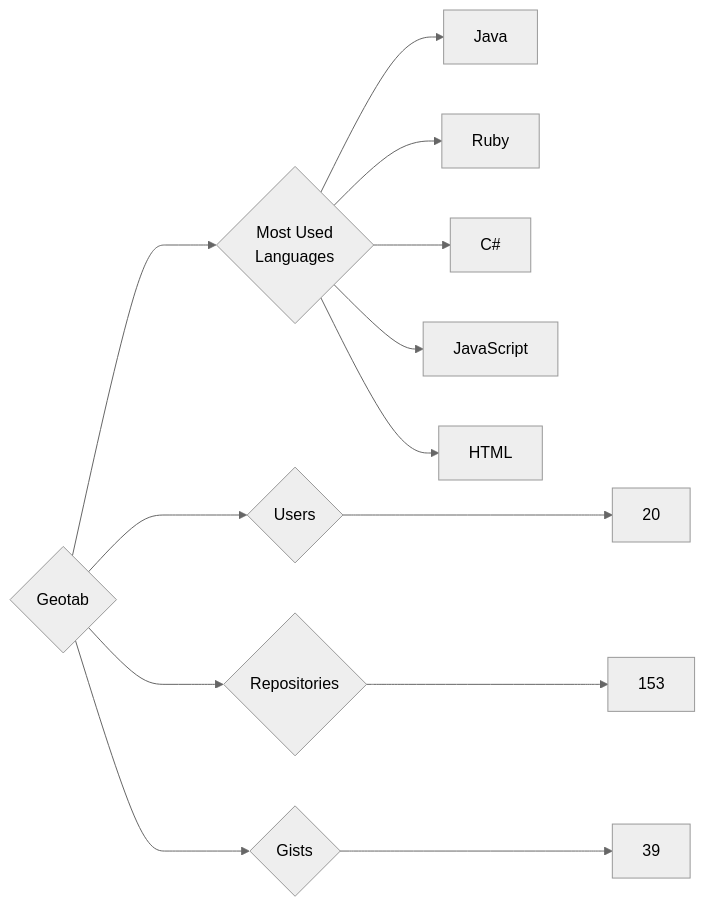
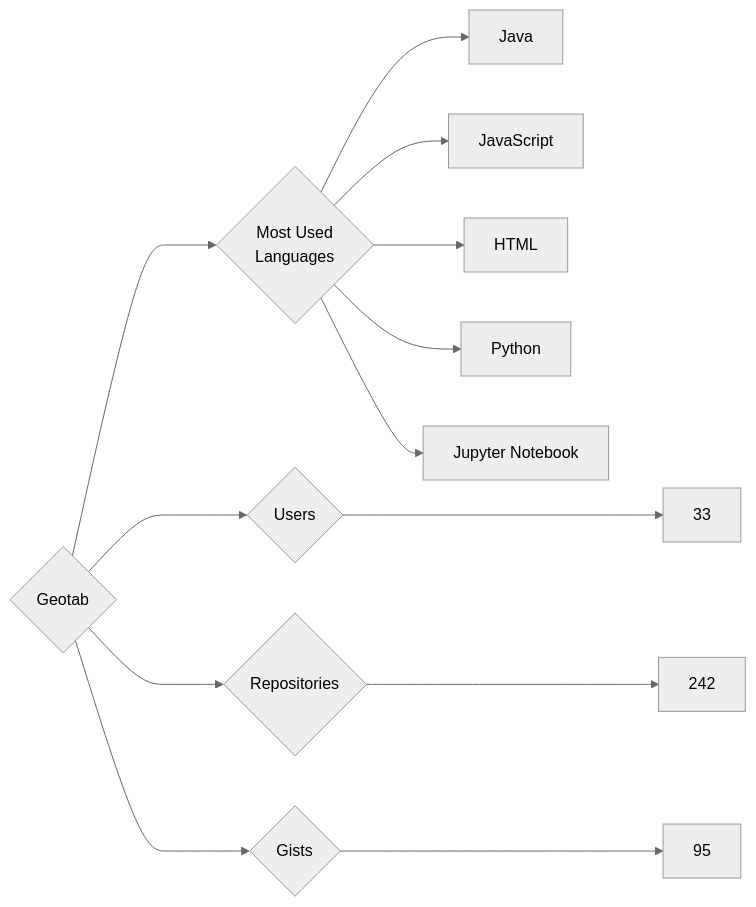
The diagram in targets/Geotab/README.md (trickest/insiders), drawn with Mermaid (neutral theme) before and after one commit. The commit also changed 891 other files, not shown here.

````diff
--- a/targets/Geotab/README.md
+++ b/targets/Geotab/README.md
@@ -3,13 +3,13 @@
 ```mermaid
 graph LR
 COMPANY_NAME{Geotab}
-COMPANY_NAME ---> U{Users} ---> UN[20]
-COMPANY_NAME ---> R{Repositories} ---> RN[153]
-COMPANY_NAME ---> G{Gists} ---> GN[39]
+COMPANY_NAME ---> U{Users} ---> UN[33]
+COMPANY_NAME ---> R{Repositories} ---> RN[242]
+COMPANY_NAME ---> G{Gists} ---> GN[95]
 COMPANY_NAME ---> ML{Most Used<br>Languages}
 ML --> Java[Java]
-ML --> Ruby[Ruby]
-ML --> C#[C#]
 ML --> JavaScript[JavaScript]
 ML --> HTML[HTML]
+ML --> Python[Python]
+ML --> Jupyter_Notebook[Jupyter Notebook]
 ```
````
